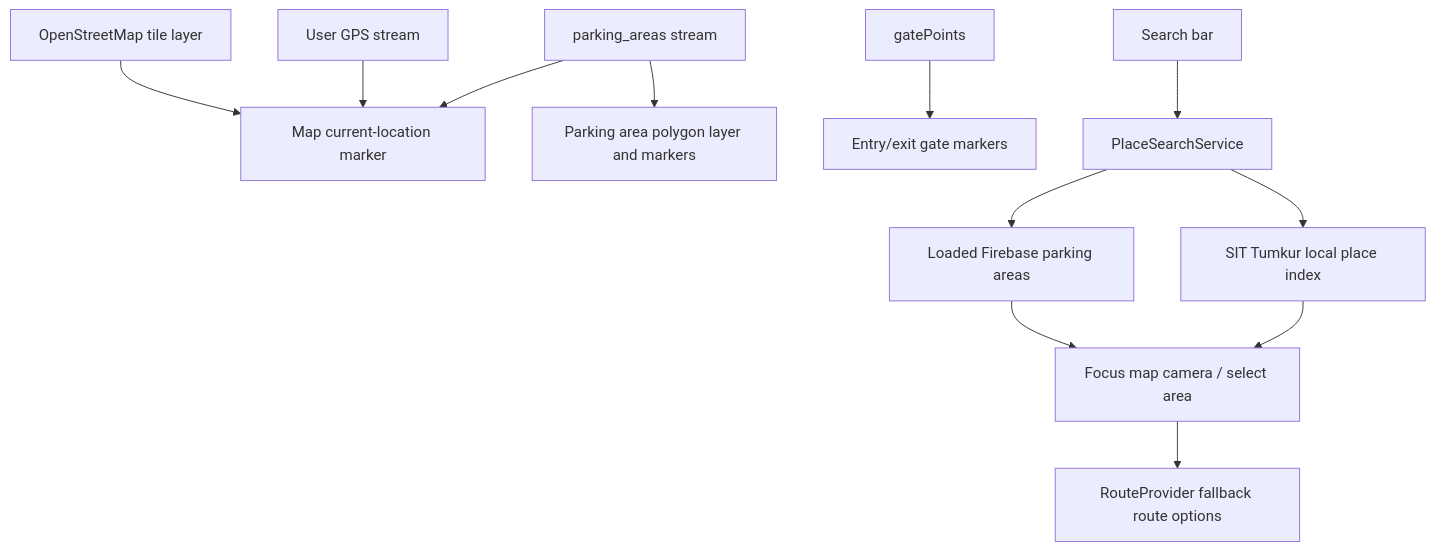
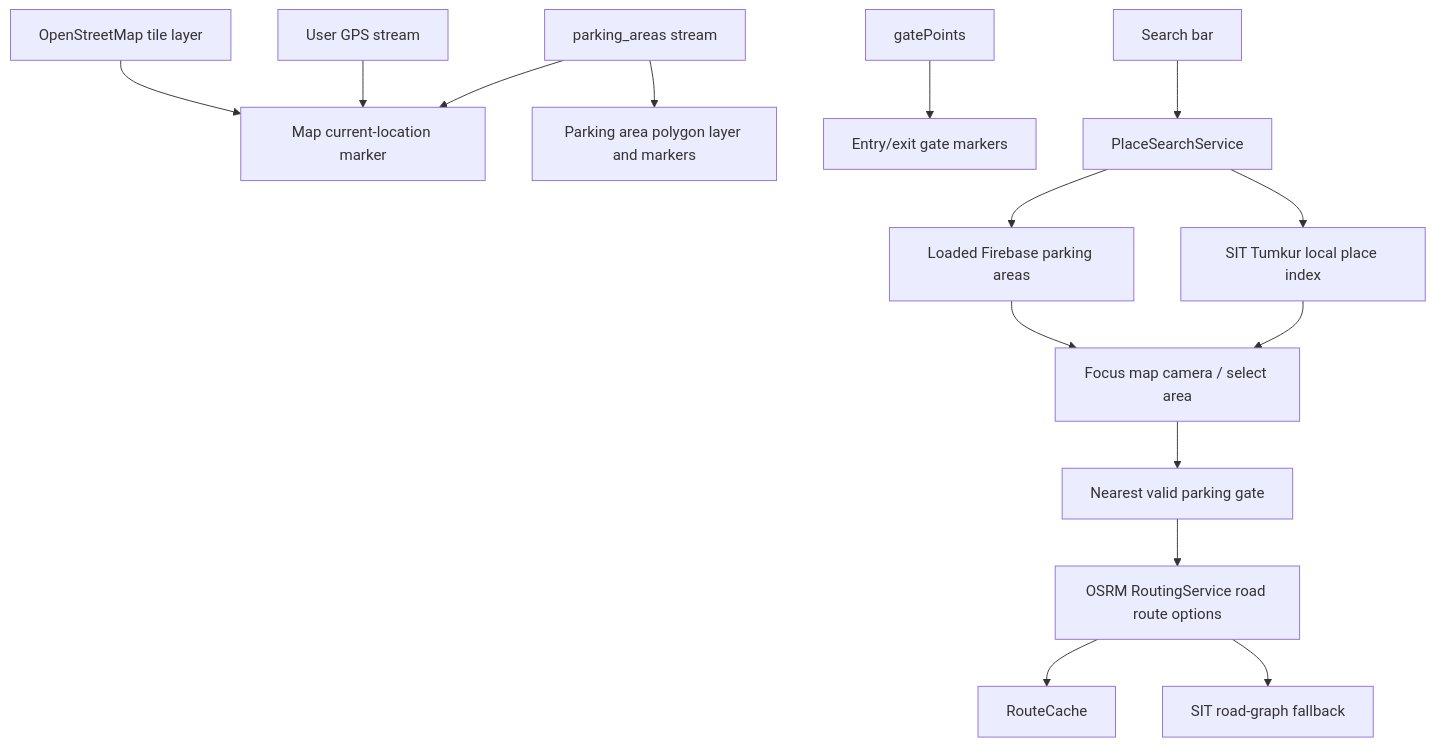
Before and after one commit to snehil-pandey/smart-parking-occupancy-system: the fourth of 14 diagrams in docs/ARCHITECTURE.md, drawn with Mermaid. The commit also changed other lines of this file and 3 other files, not shown here.

Commit message:
docs(routing): document actual graph-based routing flow

````diff
--- a/docs/ARCHITECTURE.md
+++ b/docs/ARCHITECTURE.md
@@ -64,14 +64,17 @@
 ```mermaid
 flowchart TD
   OSM["OpenStreetMap tile layer"] --> MapState["flutter_map camera"]
   GPS["User GPS stream"] --> MapState["Map current-location marker"]
   Areas["parking_areas stream"] --> MapState
   Areas --> Polygons["Parking area polygon layer and markers"]
   Gates["gatePoints"] --> GateMarkers["Entry/exit gate markers"]
   SearchBox["Search bar"] --> SearchService["PlaceSearchService"]
   SearchService --> LocalPlaces["SIT Tumkur local place index"]
   SearchService --> AreaSearch["Loaded Firebase parking areas"]
   AreaSearch --> Focus["Focus map camera / select area"]
   LocalPlaces --> Focus
-  Focus --> Routes["RouteProvider fallback route options"]
+  Focus --> GateRouting["Nearest valid parking gate"]
+  GateRouting --> Routes["OSRM RoutingService road route options"]
+  Routes --> Cache["RouteCache"]
+  Routes --> Fallback["SIT road-graph fallback"]
 ```
````
